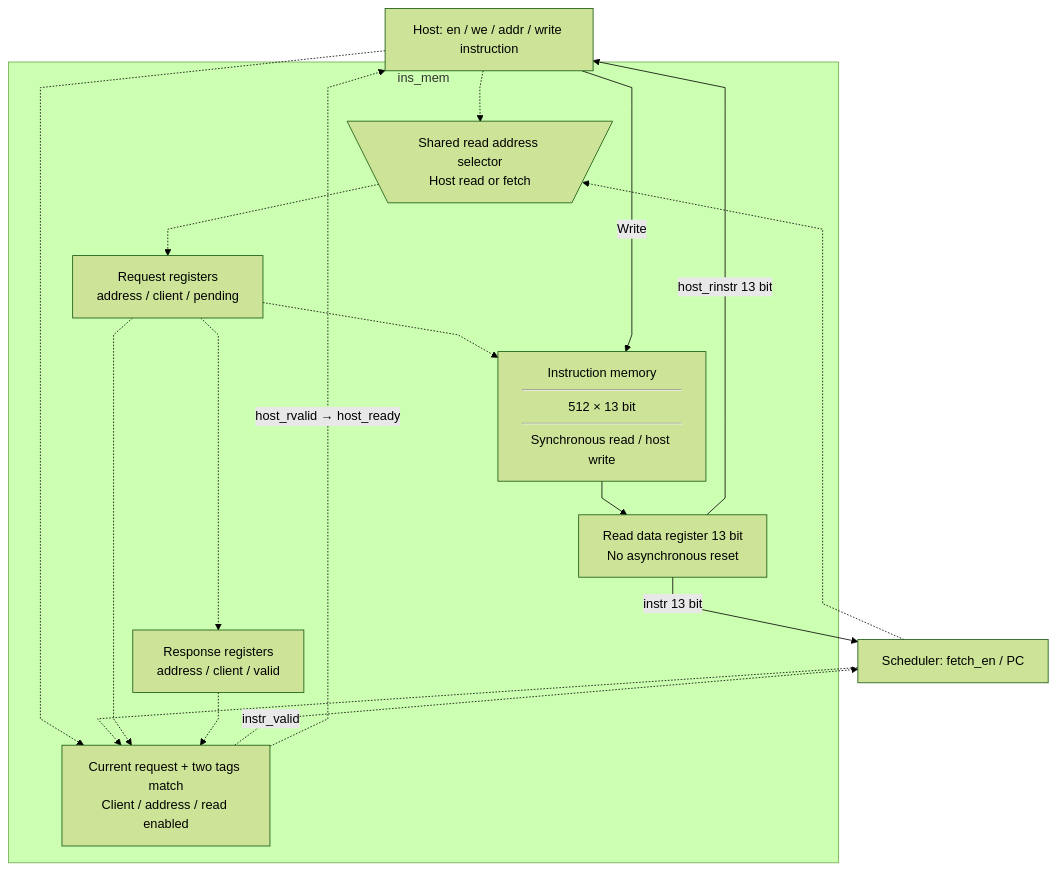
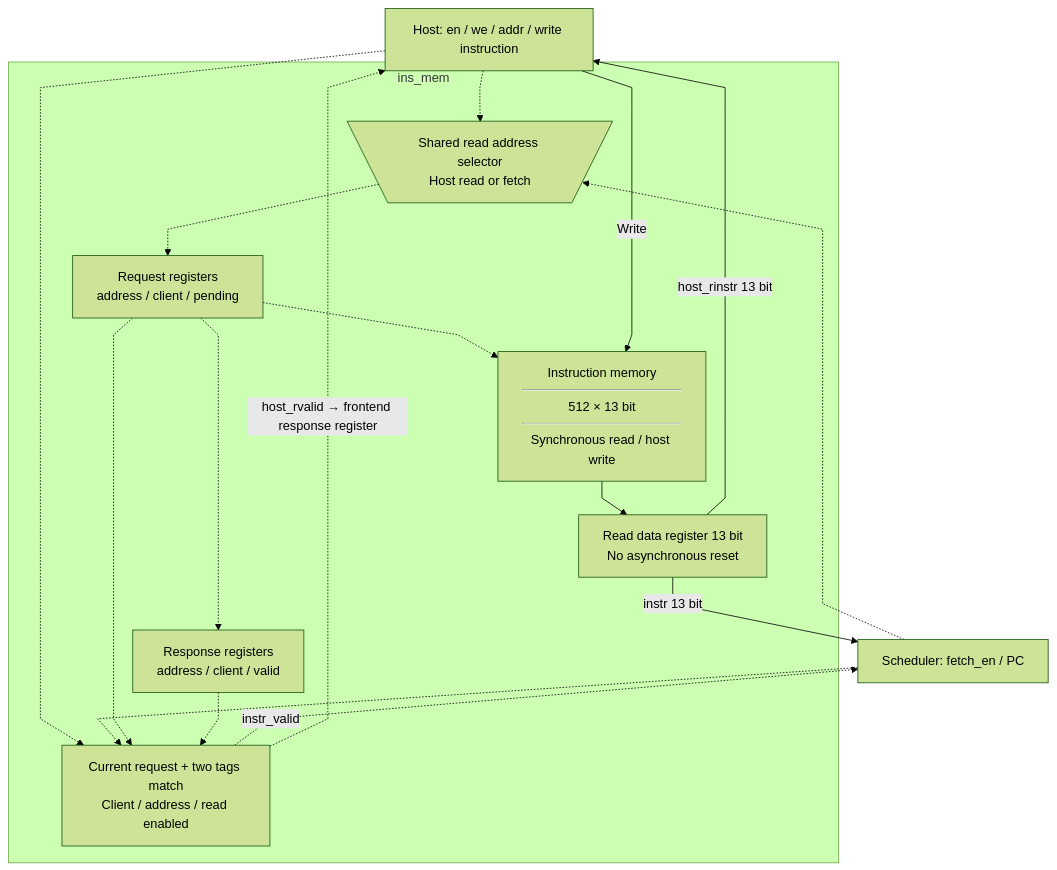
One commit to nguyennhutkhanhtom/NPU changed the diagram in docs/source_guide/blocks/ins_mem.sv.md. Above: the diagram before and after it, drawn with Mermaid (forest theme). The commit also changed other lines of this file and 608 other files, not shown here.

Commit message:
Implement autonomous RTL language graph with verified units and timing evidence

````diff
--- a/docs/source_guide/blocks/ins_mem.sv.md
+++ b/docs/source_guide/blocks/ins_mem.sv.md
@@ -15,29 +15,29 @@
 ```mermaid
 flowchart TB
 %%{init: {"flowchart": {"subGraphTitleMargin": {"top": 8, "bottom": 45}, "nodeSpacing": 28, "rankSpacing": 42, "curve": "linear"}}}%%
     H["Host: en / we / addr / write instruction"]
     F["Scheduler: fetch_en / PC"]
     subgraph IM["ins_mem"]
         MUX@{ shape: trap-t, label: "Shared read address selector<br/>Host read or fetch" }
         REQ["Request registers<br/>address / client / pending"]
         RAM@{ shape: rect, label: "Instruction memory<hr/>512 × 13 bit<hr/>Synchronous read / host write" }
         DATA["Read data register 13 bit<br/>No asynchronous reset"]
         RESP["Response registers<br/>address / client / valid"]
         MATCH["Current request + two tags match<br/>Client / address / read enabled"]
     end
     H -.-> MUX
     F -.-> MUX
     MUX -.-> REQ
     REQ -.-> RAM
     H -->|"Write"| RAM
     RAM --> DATA
     REQ -.-> RESP
     H -.-> MATCH
     F -.-> MATCH
     REQ -.-> MATCH
     RESP -.-> MATCH
     DATA -->|"instr 13 bit"| F
     DATA -->|"host_rinstr 13 bit"| H
     MATCH -.->|"instr_valid"| F
-    MATCH -.->|"host_rvalid → host_ready"| H
+    MATCH -.->|"host_rvalid → frontend response register"| H
 ```
````
